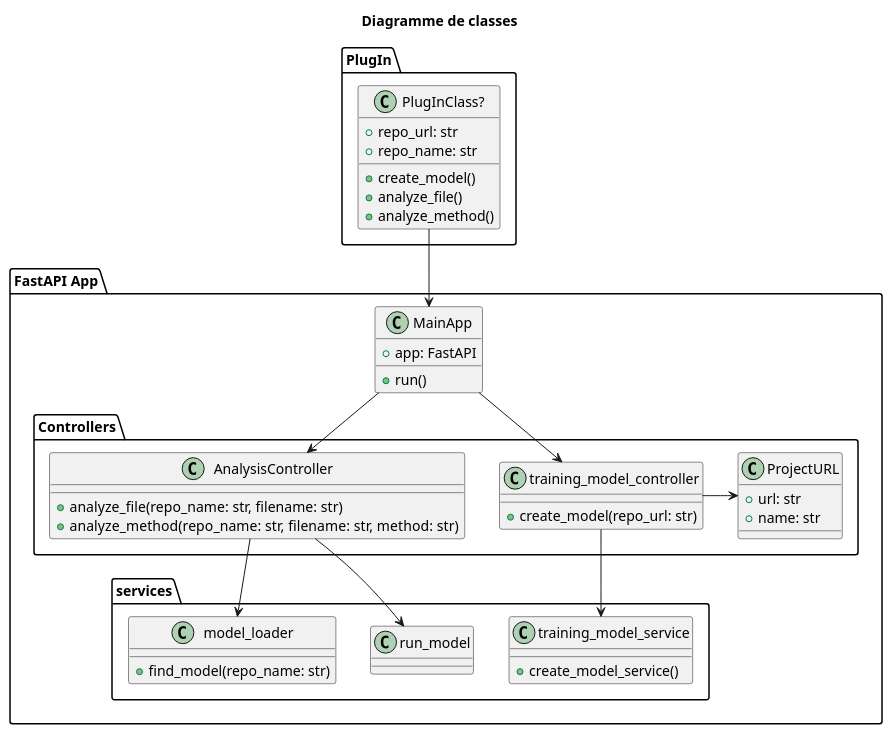
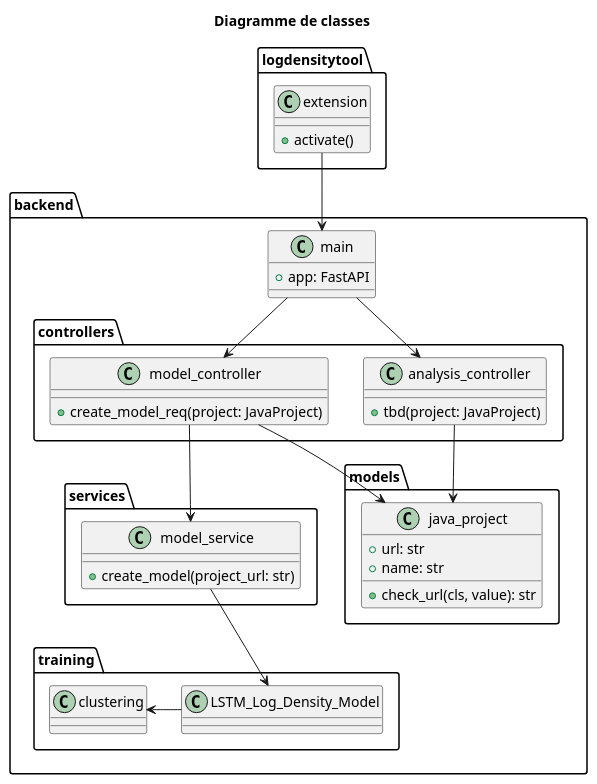
The diagram in artifacts/class.puml (DaREf-MS/log-density-plugin), drawn with PlantUML before and after one commit.

Commit message:
Class diagram update

```diff
--- a/artifacts/class.puml
+++ b/artifacts/class.puml
@@ -1,59 +1,60 @@
 @startuml
 
 title Diagramme de classes
 
-package PlugIn {
-    class "PlugInClass?" as tbd {
-        +repo_url: str
-        +repo_name: str
-        +create_model()
-        +analyze_file()
-        +analyze_method()
+package logdensitytool {
+    class extension {
+        +activate()
     }
 }
 
-package "FastAPI App" {
-    class MainApp {
+package backend {
+    class main {
         +app: FastAPI
-        +run()
     }
 
-    package Controllers {
-        class training_model_controller {
-            +create_model(repo_url: str)
+    package controllers {
+        class model_controller {
+            +create_model_req(project: JavaProject)
         }
 
-        class AnalysisController {
-            +analyze_file(repo_name: str, filename: str)
-            +analyze_method(repo_name: str, filename: str, method: str)
-        }
-
-        class ProjectURL {
-            +url: str
-            +name: str
+        class analysis_controller {
+            +tbd(project: JavaProject)
         }
     }
 
     package services {
-        class training_model_service {
-            +create_model_service()
+        class model_service {
+            +create_model(project_url: str)
         }
+    }
 
-        class run_model
-        class model_loader {
-            +find_model(repo_name: str)
+    package models {
+        class java_project {
+            +url: str
+            +name: str
+            +check_url(cls, value): str
         }
+    }
+
+    package training {
+        class LSTM_Log_Density_Model
+        class clustering
     }
 }
 
-tbd --> MainApp
 
-MainApp --> training_model_controller
-MainApp --> AnalysisController
+extension --> main
 
-training_model_controller --> training_model_service
-training_model_controller -> ProjectURL
-AnalysisController --> run_model
-AnalysisController --> model_loader
+main --> model_controller
+main --> analysis_controller
+
+model_controller --> java_project
+analysis_controller --> java_project
+
+model_controller --> model_service
+
+model_service --> LSTM_Log_Density_Model
+LSTM_Log_Density_Model -l-> clustering
 
 @enduml
```
